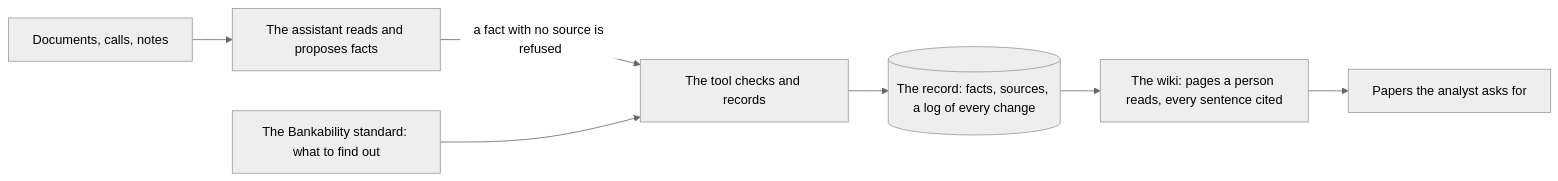
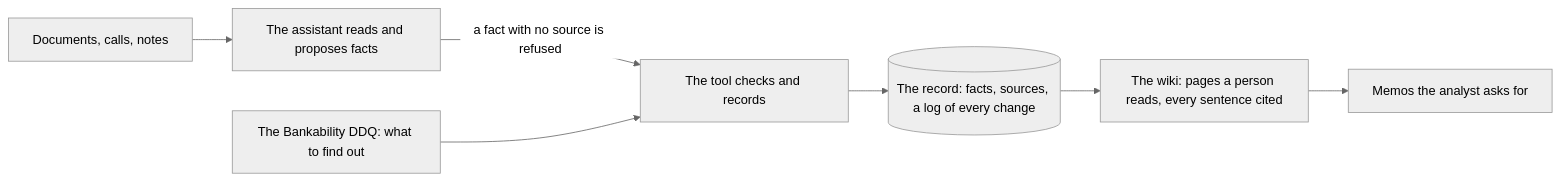
One commit to rrecourt2/AIssociate changed the diagram in README.md. Above: the diagram before and after it, drawn with Mermaid (neutral theme). The commit also changed other lines of this file and 8 other files, not shown here.

First line of the commit message:
README: a clearer beginning, and the list of checks is called the Bankability DDQ

````diff
--- a/README.md
+++ b/README.md
@@ -23,9 +45,9 @@
 ```mermaid
 flowchart LR
   D["Documents, calls, notes"] --> A["The assistant reads and proposes facts"]
   A -- "a fact with no source is refused" --> T["The tool checks and records"]
-  S["The Bankability standard: what to find out"] --> T
+  S["The Bankability DDQ: what to find out"] --> T
   T --> R[("The record: facts, sources, a log of every change")]
   R --> W["The wiki: pages a person reads, every sentence cited"]
-  W --> P["Papers the analyst asks for"]
+  W --> P["Memos the analyst asks for"]
 ```
````
